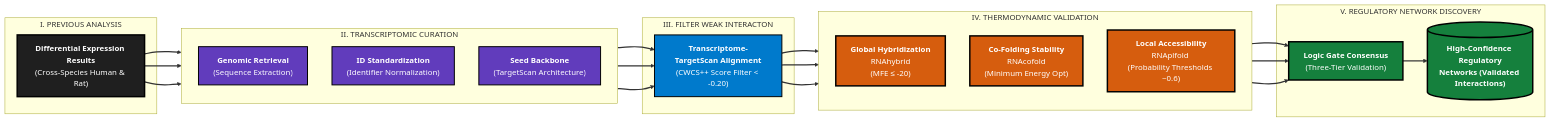
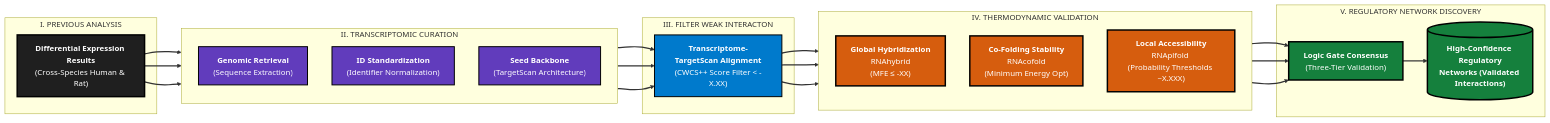
Before and after one commit to VampZie/IS_mi-mrna_thermo_validation_network: the diagram in README.md, drawn with Mermaid.

````diff
--- a/README.md
+++ b/README.md
@@ -30,41 +30,41 @@
 ```mermaid
 graph LR
     %% --- CONFERENCE-GRADE STYLE DEFINITIONS ---
     classDef stage1 fill:#1F1F1F,stroke:#000,stroke-width:3px,color:#fff
     classDef stage2 fill:#613CBC,stroke:#000,stroke-width:2px,color:#fff
     classDef stage3 fill:#007ACC,stroke:#000,stroke-width:2px,color:#fff
     classDef stage4 fill:#D65D0E,stroke:#000,stroke-width:3px,color:#fff
     classDef stage5 fill:#15803D,stroke:#000,stroke-width:3px,color:#fff
 
     %% --- WORKFLOW NODES ---
     subgraph S1 ["I. PREVIOUS ANALYSIS"]
         A["<b>Differential Expression Results</b><br/>(Cross-Species Human & Rat)"]:::stage1
     end
 
     subgraph S2 ["II. TRANSCRIPTOMIC CURATION"]
         direction TB
         A --> B1["<b>Genomic Retrieval</b><br/>(Sequence Extraction)"]:::stage2
         A --> B2["<b>ID Standardization</b><br/>(Identifier Normalization)"]:::stage2
         A --> B3["<b>Seed Backbone</b><br/>(TargetScan Architecture)"]:::stage2
     end
 
     subgraph S3 ["III. FILTER WEAK INTERACTON"]
-        B1 & B2 & B3 --> D["<b>Transcriptome-TargetScan Alignment</b><br/>(CWCS++ Score Filter < -0.20)"]:::stage3
+        B1 & B2 & B3 --> D["<b>Transcriptome-TargetScan Alignment</b><br/>(CWCS++ Score Filter < -X.XX)"]:::stage3
     end
 
     subgraph S4 ["IV. THERMODYNAMIC VALIDATION"]
         direction TB
-        D --> E1["<b>Global Hybridization</b><br/>RNAhybrid </br>(MFE ≤ -20)<br/>"]:::stage4
+        D --> E1["<b>Global Hybridization</b><br/>RNAhybrid </br>(MFE ≤ -XX)<br/>"]:::stage4
         D --> E2["<b>Co-Folding Stability</b><br/>RNAcofold </br>(Minimum Energy Opt)<br/>"]:::stage4
-        D --> E3["<b>Local Accessibility</b><br/>RNAplfold </br>(Probability Thresholds ~0.6)<br/>"]:::stage4
+        D --> E3["<b>Local Accessibility</b><br/>RNAplfold </br>(Probability Thresholds ~X.XXX)<br/>"]:::stage4
     end
 
     subgraph S5 ["V. REGULATORY NETWORK DISCOVERY"]
         E1 & E2 & E3 --> F["<b>Logic Gate Consensus</b><br/>(Three-Tier Validation)"]:::stage5
         F --> G[("<b>High-Confidence Regulatory<br/>Networks (Validated Interactions)</b>")]:::stage5
     end
 
     %% --- LAYOUT HINTS ---
     linkStyle default stroke:#333,stroke-width:2.5px
 
 ```
````
